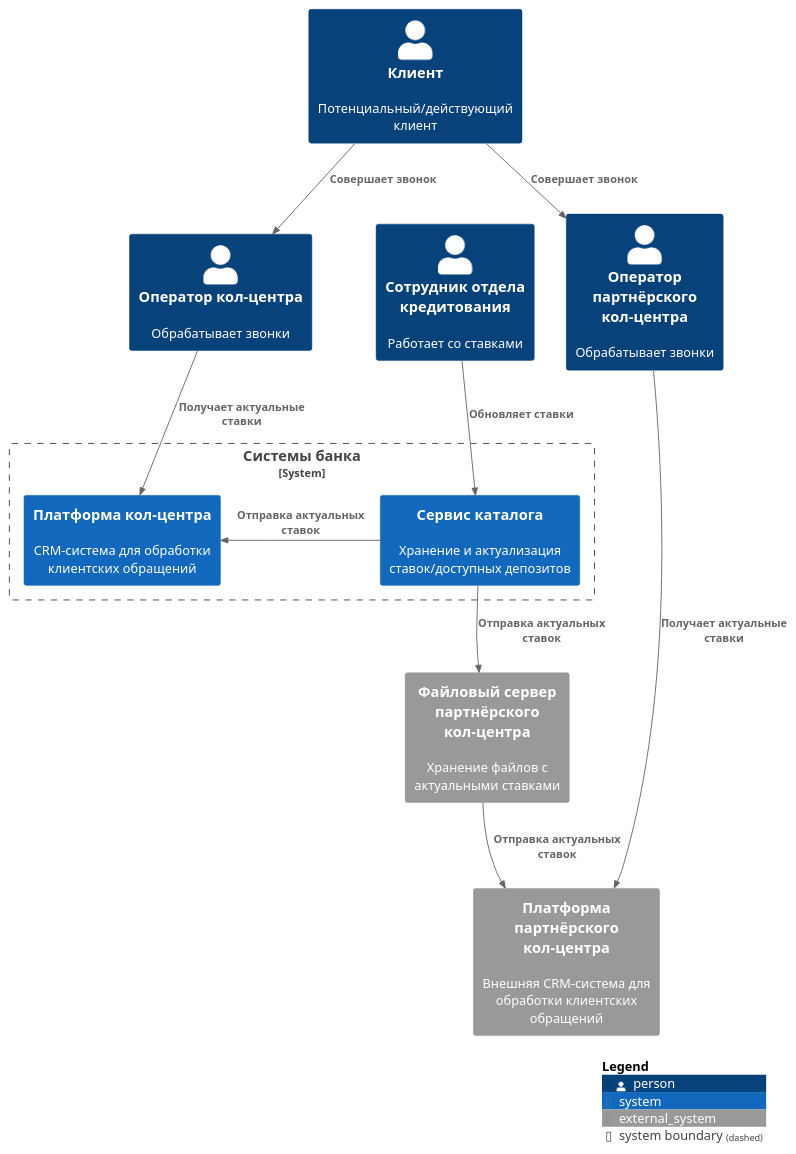
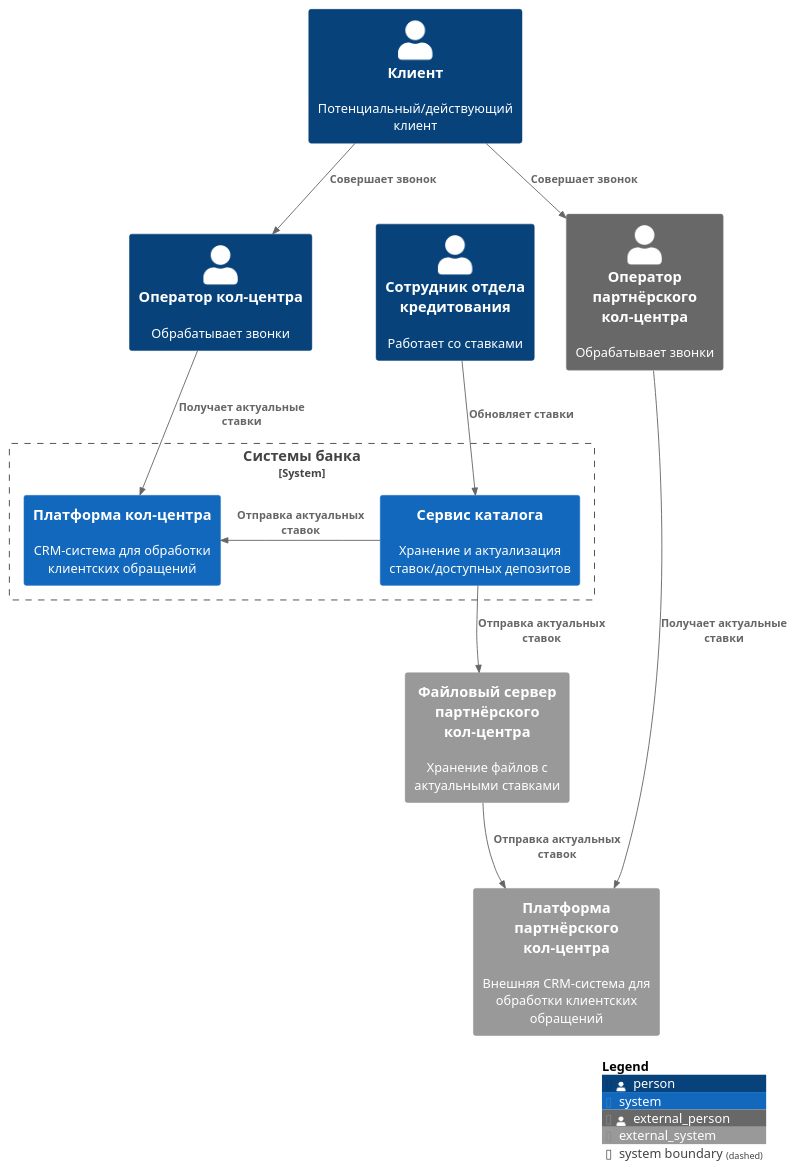
Before and after one commit to santechniqueue/architecture-pro-standart: the diagram in Task4/C4_Context.puml, drawn with PlantUML. The commit also changed 1 other file, not shown here.

Commit message:
Updated diagrams and ADR

```diff
--- a/Task4/C4_Context.puml
+++ b/Task4/C4_Context.puml
@@ -1,31 +1,31 @@
 @startuml C4_Context_Deposits
 !includeurl https://raw.githubusercontent.com/plantuml-stdlib/C4-PlantUML/master/C4_Context.puml
 
 Person(Client, "Клиент", "Потенциальный/действующий клиент")
-Person(Operator, "Оператор кол-центра", "Обрабатывает звонки")
-Person(ExternalOperator, "Оператор партнёрского кол-центра", "Обрабатывает звонки")
+Person(CallCentreEmployee, "Оператор кол-центра", "Обрабатывает звонки")
 Person(CreditOfficeEmployee, "Сотрудник отдела кредитования", "Работает со ставками")
+Person_Ext(ExternalOperator, "Оператор партнёрского кол-центра", "Обрабатывает звонки")
 
 System_Boundary(BankSystem, "Системы банка") {
     System(CallCentre, "Платформа кол‑центра", "CRM-система для обработки клиентских обращений")
     System(Catalog, "Сервис каталога", "Хранение и актуализация ставок/доступных депозитов")
 }
 
 System_Ext(ExternalSFTP, "Файловый сервер партнёрского кол-центра", "Хранение файлов с актуальными ставками")
 System_Ext(ExternalCallCentre, "Платформа партнёрского кол-центра", "Внешняя CRM-система для обработки клиентских обращений")
 
 
 'Actors rel
-Rel(Client, Operator, "Совершает звонок")
+Rel(Client, CallCentreEmployee, "Совершает звонок")
 Rel(Client, ExternalOperator, "Совершает звонок")
 Rel(CreditOfficeEmployee, Catalog, "Обновляет ставки")
-Rel(Operator, CallCentre, "Получает актуальные ставки")
+Rel(CallCentreEmployee, CallCentre, "Получает актуальные ставки")
 Rel(ExternalOperator, ExternalCallCentre, "Получает актуальные ставки")
 
 'Systems rel
 Rel_L(Catalog, CallCentre, "Отправка актуальных ставок")
 Rel(Catalog, ExternalSFTP, "Отправка актуальных ставок")
 Rel(ExternalSFTP, ExternalCallCentre, "Отправка актуальных ставок")
 
 SHOW_LEGEND()
 @enduml
```
